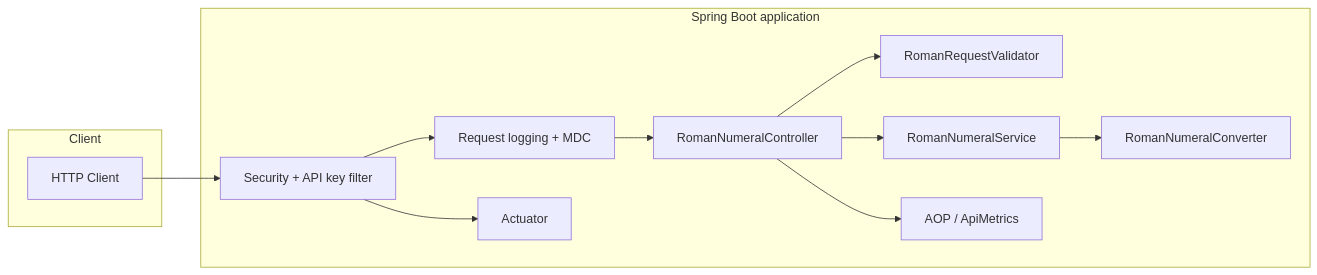
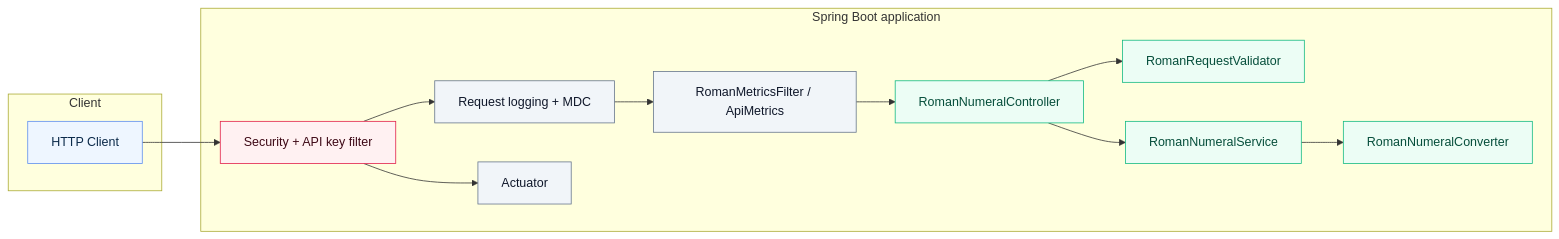
One commit to shriramDevGuru/roman-numeral-converter changed the first of 2 diagrams in README.md. Above: the diagram before and after it, drawn with Mermaid. The commit also changed other lines of this file, not shown here.

````diff
--- a/README.md
+++ b/README.md
@@ -44,24 +47,34 @@
 ```mermaid
 flowchart LR
   subgraph Client
     C[HTTP Client]
   end
   subgraph Spring_Boot["Spring Boot application"]
     SEC[Security + API key filter]
     LOG[Request logging + MDC]
     CTL[RomanNumeralController]
     VAL[RomanRequestValidator]
     SVC[RomanNumeralService]
     DOM[RomanNumeralConverter]
-    MET[AOP / ApiMetrics]
+    MET[RomanMetricsFilter / ApiMetrics]
     ACT[Actuator]
   end
   C --> SEC
   SEC --> LOG
-  LOG --> CTL
+  LOG --> MET
+  MET --> CTL
   CTL --> VAL
   CTL --> SVC
   SVC --> DOM
-  CTL --> MET
   SEC --> ACT
+
+  classDef client fill:#eef6ff,stroke:#5b8def,color:#0b2a4a;
+  classDef security fill:#fff1f2,stroke:#e11d48,color:#3f0a17;
+  classDef infra fill:#f1f5f9,stroke:#64748b,color:#0f172a;
+  classDef app fill:#ecfdf5,stroke:#10b981,color:#064e3b;
+
+  class C client;
+  class SEC security;
+  class LOG,MET,ACT infra;
+  class CTL,VAL,SVC,DOM app;
 ```
````
